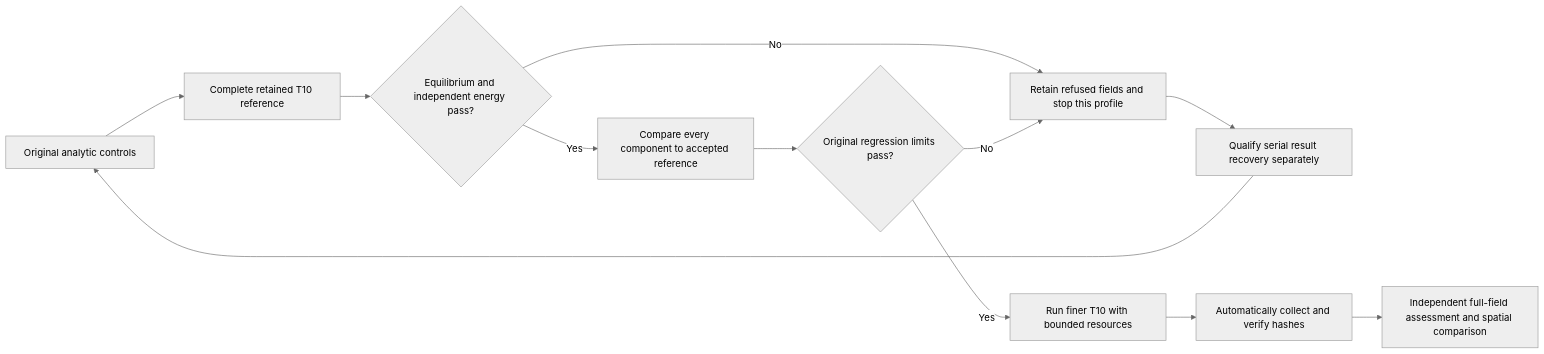
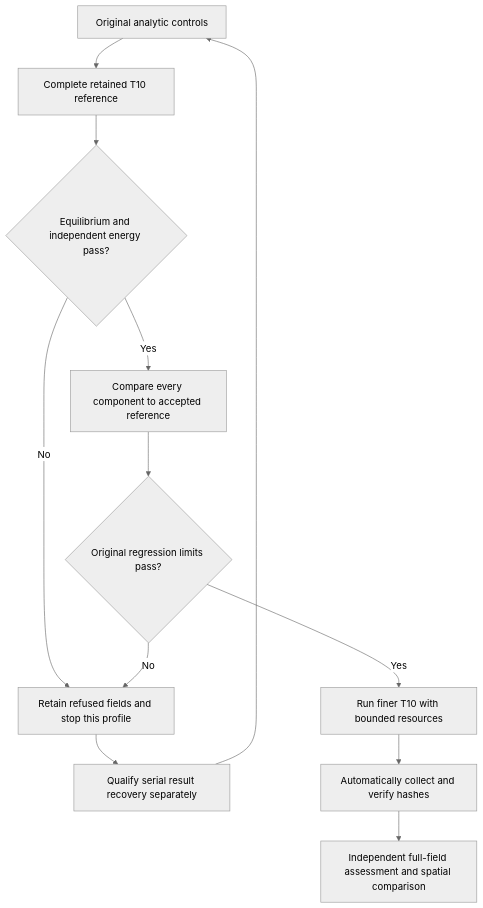
The fourth of 4 diagrams in docs/reports/carrier-convergence-20261022/README.md (cluster2600/porscheparts), drawn with Mermaid (neutral theme) before and after one commit. The commit also changed other lines of this file and 41 other files, not shown here.

````diff
--- a/docs/reports/carrier-convergence-20261022/README.md
+++ b/docs/reports/carrier-convergence-20261022/README.md
@@ -643,14 +650,14 @@
 ```mermaid
-flowchart LR
+flowchart TD
     A[Original analytic controls] --> B[Complete retained T10 reference]
     B --> C{Equilibrium and independent energy pass?}
     C -->|No| R[Retain refused fields and stop this profile]
     R --> S[Qualify serial result recovery separately]
     S --> A
     C -->|Yes| D[Compare every component to accepted reference]
     D --> E{Original regression limits pass?}
     E -->|Yes| F[Run finer T10 with bounded resources]
     F --> G[Automatically collect and verify hashes]
     G --> H[Independent full-field assessment and spatial comparison]
     E -->|No| R
 ```
````
